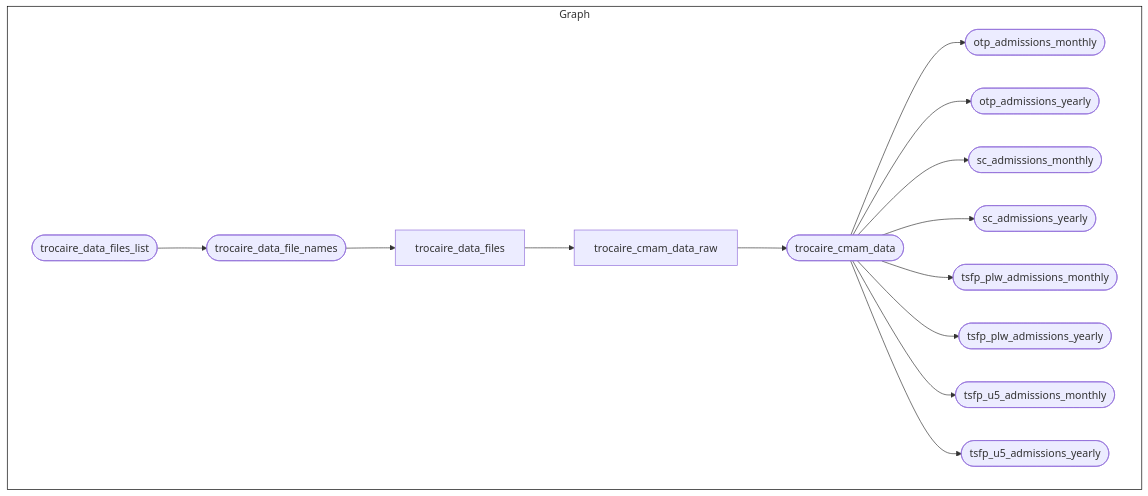
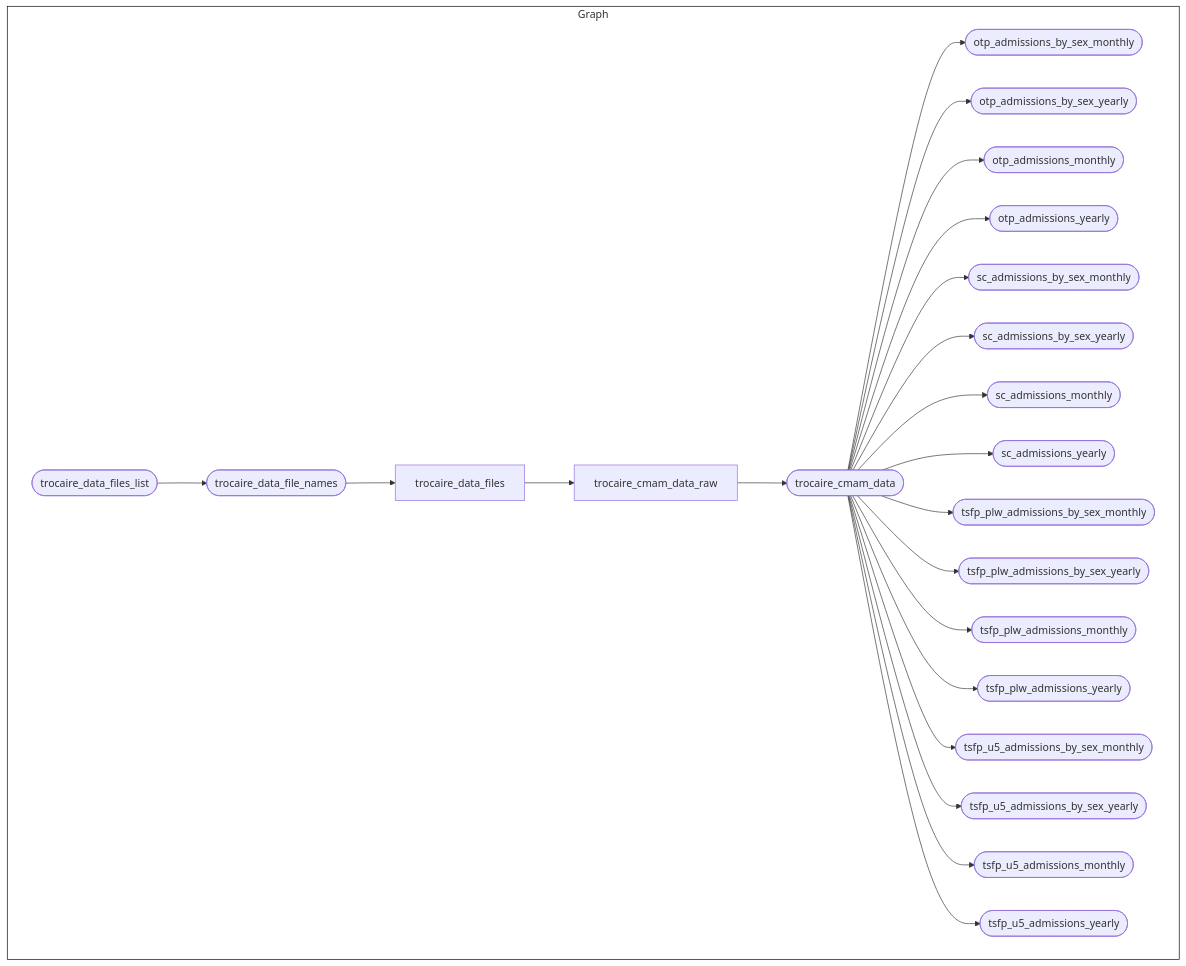
One commit to OxfordIHTM/trocaire-cmam-analytics changed the diagram in README.md. Above: the diagram before and after it, drawn with Mermaid. The commit also changed other lines of this file and 1 other file, not shown here.

````diff
--- a/README.md
+++ b/README.md
@@ -96,20 +123,28 @@
 ``` mermaid
 graph LR
   style Graph fill:#FFFFFF00,stroke:#000000;
   subgraph Graph
     direction LR
-    x49ad837c8662aacd(["trocaire_cmam_data"]):::completed --> x211a3b39dfafa3b3(["otp_admissions_monthly"]):::completed
-    x49ad837c8662aacd(["trocaire_cmam_data"]):::completed --> x7278532b2bc29c60(["otp_admissions_yearly"]):::completed
-    x49ad837c8662aacd(["trocaire_cmam_data"]):::completed --> x51516c5a51bc6f72(["sc_admissions_monthly"]):::completed
-    x49ad837c8662aacd(["trocaire_cmam_data"]):::completed --> xd02d1bbb0c19e187(["sc_admissions_yearly"]):::completed
-    xefcb70fd373e934d["trocaire_cmam_data_raw"]:::completed --> x49ad837c8662aacd(["trocaire_cmam_data"]):::completed
-    xab2ef7d5cf8c2a5a["trocaire_data_files"]:::completed --> xefcb70fd373e934d["trocaire_cmam_data_raw"]:::completed
+    x49ad837c8662aacd(["trocaire_cmam_data"]):::skipped --> xe1cb52acd9cb733d(["otp_admissions_by_sex_monthly"]):::completed
+    x49ad837c8662aacd(["trocaire_cmam_data"]):::skipped --> xc5234a98b2b6e9c0(["otp_admissions_by_sex_yearly"]):::completed
+    x49ad837c8662aacd(["trocaire_cmam_data"]):::skipped --> x211a3b39dfafa3b3(["otp_admissions_monthly"]):::skipped
+    x49ad837c8662aacd(["trocaire_cmam_data"]):::skipped --> x7278532b2bc29c60(["otp_admissions_yearly"]):::skipped
+    x49ad837c8662aacd(["trocaire_cmam_data"]):::skipped --> x11cedfe9795e0456(["sc_admissions_by_sex_monthly"]):::skipped
+    x49ad837c8662aacd(["trocaire_cmam_data"]):::skipped --> xe8b2466bc3ec193d(["sc_admissions_by_sex_yearly"]):::skipped
+    x49ad837c8662aacd(["trocaire_cmam_data"]):::skipped --> x51516c5a51bc6f72(["sc_admissions_monthly"]):::skipped
+    x49ad837c8662aacd(["trocaire_cmam_data"]):::skipped --> xd02d1bbb0c19e187(["sc_admissions_yearly"]):::skipped
+    xefcb70fd373e934d["trocaire_cmam_data_raw"]:::skipped --> x49ad837c8662aacd(["trocaire_cmam_data"]):::skipped
+    xab2ef7d5cf8c2a5a["trocaire_data_files"]:::skipped --> xefcb70fd373e934d["trocaire_cmam_data_raw"]:::skipped
     x768c673cc9e63582(["trocaire_data_files_list"]):::completed --> x2de3516cf4485518(["trocaire_data_file_names"]):::completed
-    x2de3516cf4485518(["trocaire_data_file_names"]):::completed --> xab2ef7d5cf8c2a5a["trocaire_data_files"]:::completed
-    x49ad837c8662aacd(["trocaire_cmam_data"]):::completed --> xc8e187d255805f46(["tsfp_plw_admissions_monthly"]):::completed
-    x49ad837c8662aacd(["trocaire_cmam_data"]):::completed --> x77f2fe6f084dca2c(["tsfp_plw_admissions_yearly"]):::completed
-    x49ad837c8662aacd(["trocaire_cmam_data"]):::completed --> x7b6f17b702e81898(["tsfp_u5_admissions_monthly"]):::completed
-    x49ad837c8662aacd(["trocaire_cmam_data"]):::completed --> x6bc4301a20d74330(["tsfp_u5_admissions_yearly"]):::completed
+    x2de3516cf4485518(["trocaire_data_file_names"]):::completed --> xab2ef7d5cf8c2a5a["trocaire_data_files"]:::skipped
+    x49ad837c8662aacd(["trocaire_cmam_data"]):::skipped --> xbd3f23f4f80bc001(["tsfp_plw_admissions_by_sex_monthly"]):::completed
+    x49ad837c8662aacd(["trocaire_cmam_data"]):::skipped --> xa4028d0478a08c4a(["tsfp_plw_admissions_by_sex_yearly"]):::completed
+    x49ad837c8662aacd(["trocaire_cmam_data"]):::skipped --> xc8e187d255805f46(["tsfp_plw_admissions_monthly"]):::skipped
+    x49ad837c8662aacd(["trocaire_cmam_data"]):::skipped --> x77f2fe6f084dca2c(["tsfp_plw_admissions_yearly"]):::skipped
+    x49ad837c8662aacd(["trocaire_cmam_data"]):::skipped --> x15baf61e9ffb2262(["tsfp_u5_admissions_by_sex_monthly"]):::completed
+    x49ad837c8662aacd(["trocaire_cmam_data"]):::skipped --> x7b12cae56451f5ec(["tsfp_u5_admissions_by_sex_yearly"]):::completed
+    x49ad837c8662aacd(["trocaire_cmam_data"]):::skipped --> x7b6f17b702e81898(["tsfp_u5_admissions_monthly"]):::skipped
+    x49ad837c8662aacd(["trocaire_cmam_data"]):::skipped --> x6bc4301a20d74330(["tsfp_u5_admissions_yearly"]):::skipped
     
   end
 ```
````
